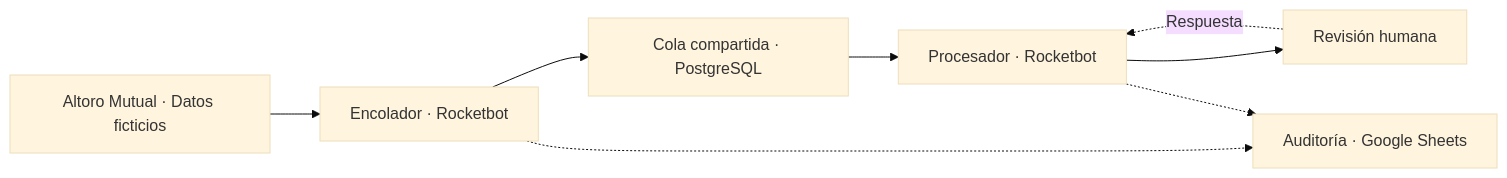
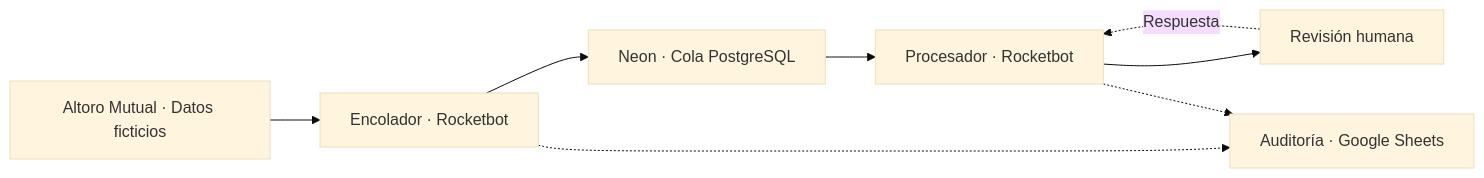
One commit to benjazJJ/rpa_testfire changed the diagram in README.md. Above: the diagram before and after it, drawn with Mermaid (base theme). The commit also changed other lines of this file, not shown here.

Commit message:
docs: destacar Neon y precisar los roles de Rocketbot

````diff
--- a/README.md
+++ b/README.md
@@ -14,10 +14,10 @@
 ```mermaid
 flowchart LR
     A["Altoro Mutual · Datos ficticios"] --> B["Encolador · Rocketbot"]
-    B --> C["Cola compartida · PostgreSQL"]
+    B --> C["Neon · Cola PostgreSQL"]
     C --> D["Procesador · Rocketbot"]
     D --> E["Revisión humana"]
     E -.->|Respuesta| D
     B -.-> F["Auditoría · Google Sheets"]
     D -.-> F
 ```
````
